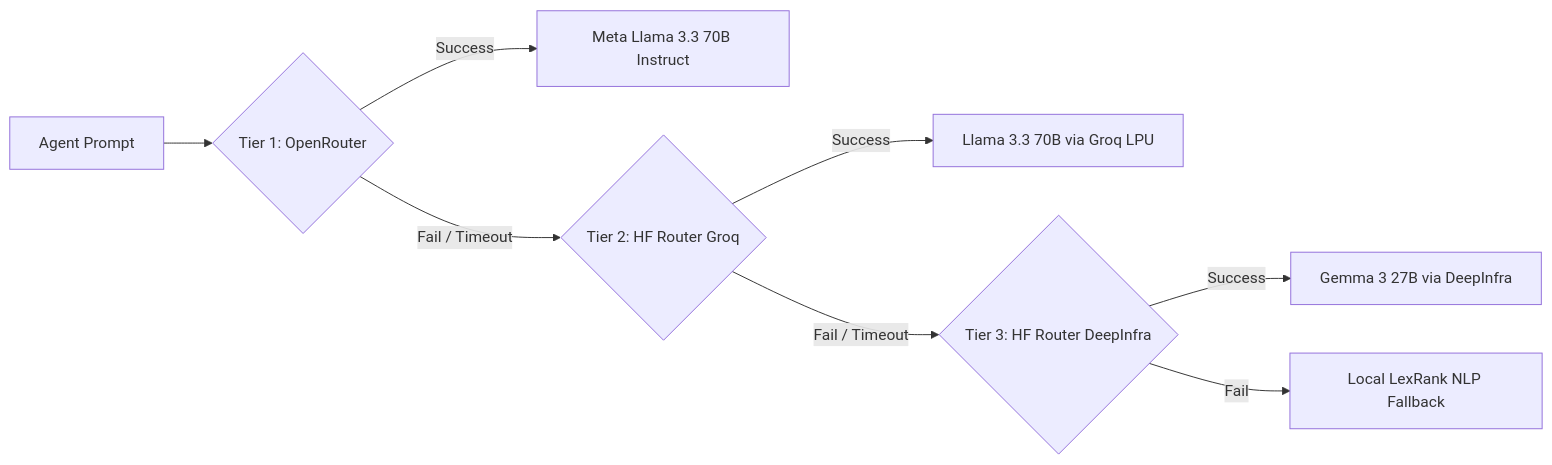
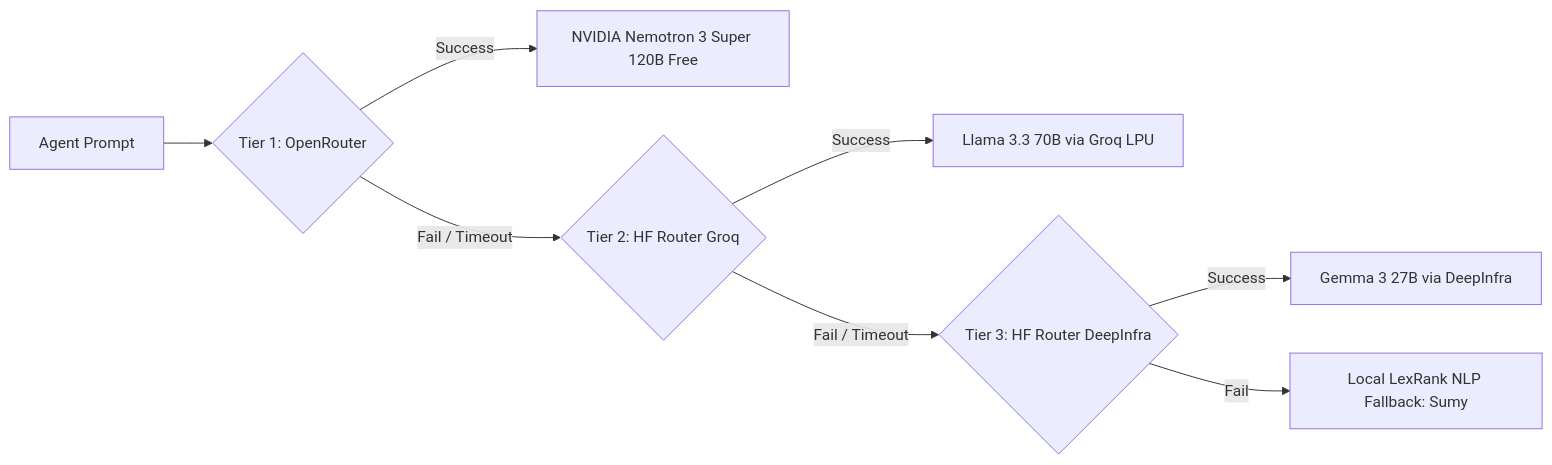
One commit to Nawaz-khan-droid/cawncade-ai changed the third of 4 diagrams in docs/ARCHITECTURE.md. Above: the diagram before and after it, drawn with Mermaid. The commit also changed other lines of this file and 2 other files, not shown here.

Commit message:
Production Upgrade: Multi-Tier Failover Cascade and Tier 0 Text Matcher

````diff
--- a/docs/ARCHITECTURE.md
+++ b/docs/ARCHITECTURE.md
@@ -227,10 +277,10 @@
 ```mermaid
 flowchart LR
     Request[Agent Prompt] --> Tier1{Tier 1: OpenRouter}
-    Tier1 -->|Success| Llama70B[Meta Llama 3.3 70B Instruct]
+    Tier1 -->|Success| Nemotron[NVIDIA Nemotron 3 Super 120B Free]
     Tier1 -->|Fail / Timeout| Tier2{Tier 2: HF Router Groq}
     Tier2 -->|Success| GroqLlama[Llama 3.3 70B via Groq LPU]
     Tier2 -->|Fail / Timeout| Tier3{Tier 3: HF Router DeepInfra}
     Tier3 -->|Success| Gemma27B[Gemma 3 27B via DeepInfra]
-    Tier3 -->|Fail| LocalNLP[Local LexRank NLP Fallback]
+    Tier3 -->|Fail| LocalNLP[Local LexRank NLP Fallback: Sumy]
 ```
````
